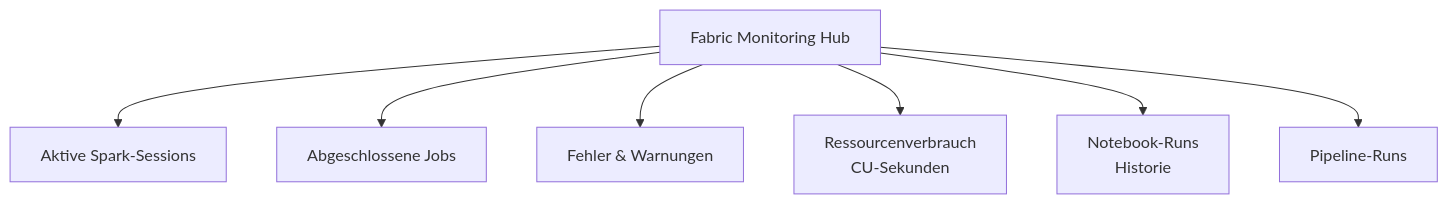
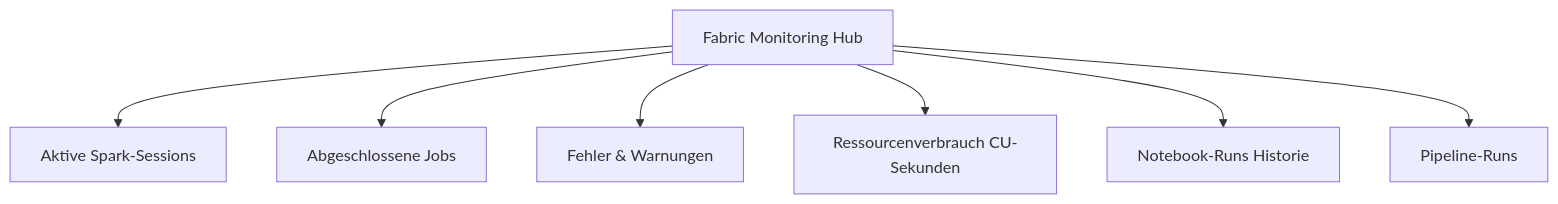
One commit to SoniiiT/notes-n-docs changed the fifth of 5 diagrams in Microsoft 365/Azure/Fabric/Fabric Notebooks und Spark.md. Above: the diagram before and after it, drawn with Mermaid. The commit also changed other lines of this file and 124 other files, not shown here.

First line of the commit message:
fix: Entferne \n aus allen Mermaid-Diagrammen (125 Dateien)

````diff
--- a/Microsoft 365/Azure/Fabric/Fabric Notebooks und Spark.md
+++ b/Microsoft 365/Azure/Fabric/Fabric Notebooks und Spark.md
@@ -456,9 +456,9 @@
 ```mermaid
 graph TD
     A[Fabric Monitoring Hub] --> B[Aktive Spark-Sessions]
     A --> C[Abgeschlossene Jobs]
     A --> D[Fehler & Warnungen]
-    A --> E[Ressourcenverbrauch\nCU-Sekunden]
-    A --> F[Notebook-Runs\nHistorie]
+    A --> E[Ressourcenverbrauch CU-Sekunden]
+    A --> F[Notebook-Runs Historie]
     A --> G[Pipeline-Runs]
 ```
````
